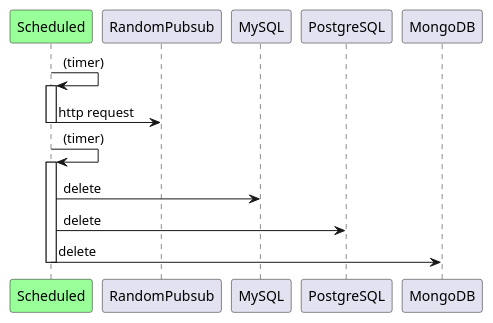
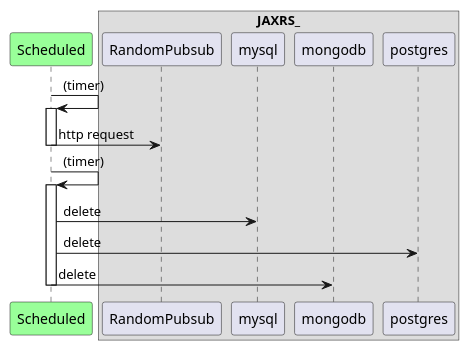
One commit to yurake/k8s-3tier-webapp changed the diagram in docs/uml/scheduled-quarkus.pu. Above: the diagram before and after it, drawn with PlantUML. The commit also changed 1 other file, not shown here.

```diff
--- a/docs/uml/scheduled-quarkus.pu
+++ b/docs/uml/scheduled-quarkus.pu
@@ -1,14 +1,21 @@
 @startuml scheduled-quarkus
 participant Scheduled as Scheduled #99FF99
 Scheduled -> Scheduled : (timer)
 activate Scheduled
 Scheduled -> RandomPubsub: http request
 deactivate Scheduled
 
 Scheduled -> Scheduled : (timer)
 activate Scheduled
-Scheduled -> MySQL: delete
-Scheduled -> PostgreSQL: delete
-Scheduled -> MongoDB: delete
+Scheduled -> mysql: delete
+Scheduled -> postgres: delete
+Scheduled -> mongodb: delete
 deactivate Scheduled
+
+box JAXRS_
+participant RandomPubsub as RandomPubsub #ADD1B2
+participant mysql as mysql #ADD1B2
+participant mongodb as mongodb #ADD1B2
+participant postgres as postgres #ADD1B2
+end box
 @enduml
```
